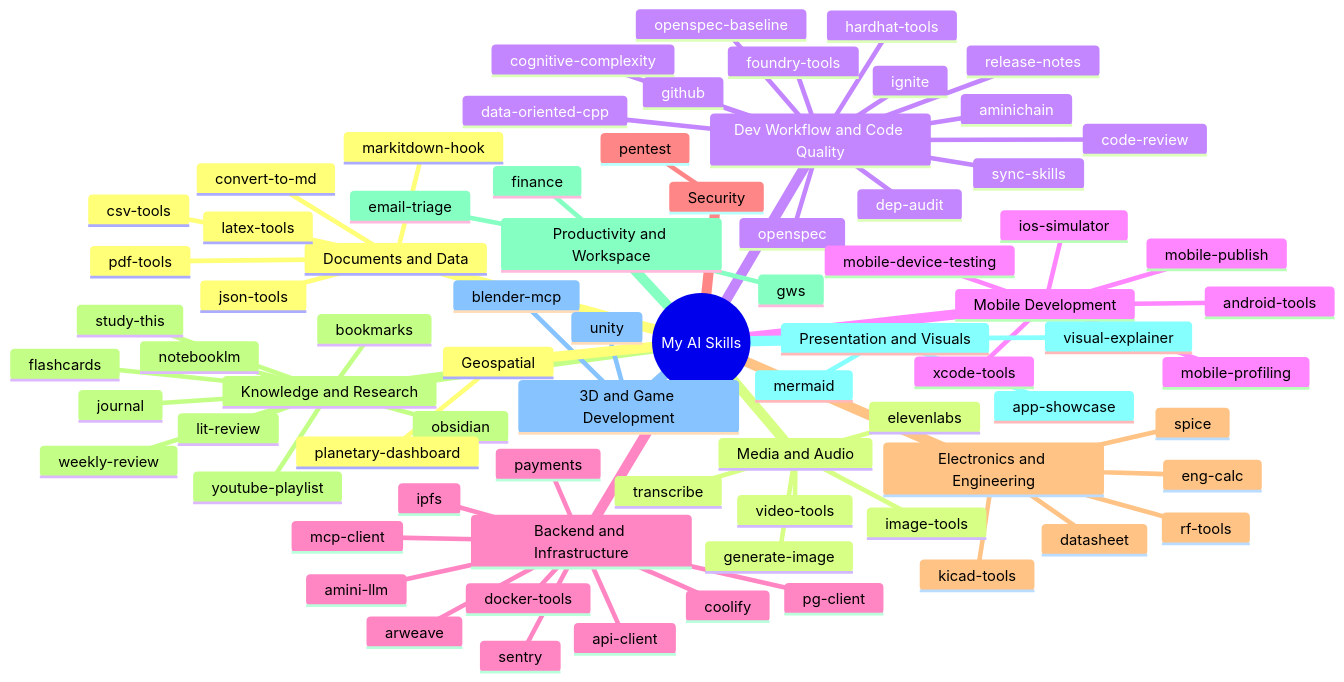
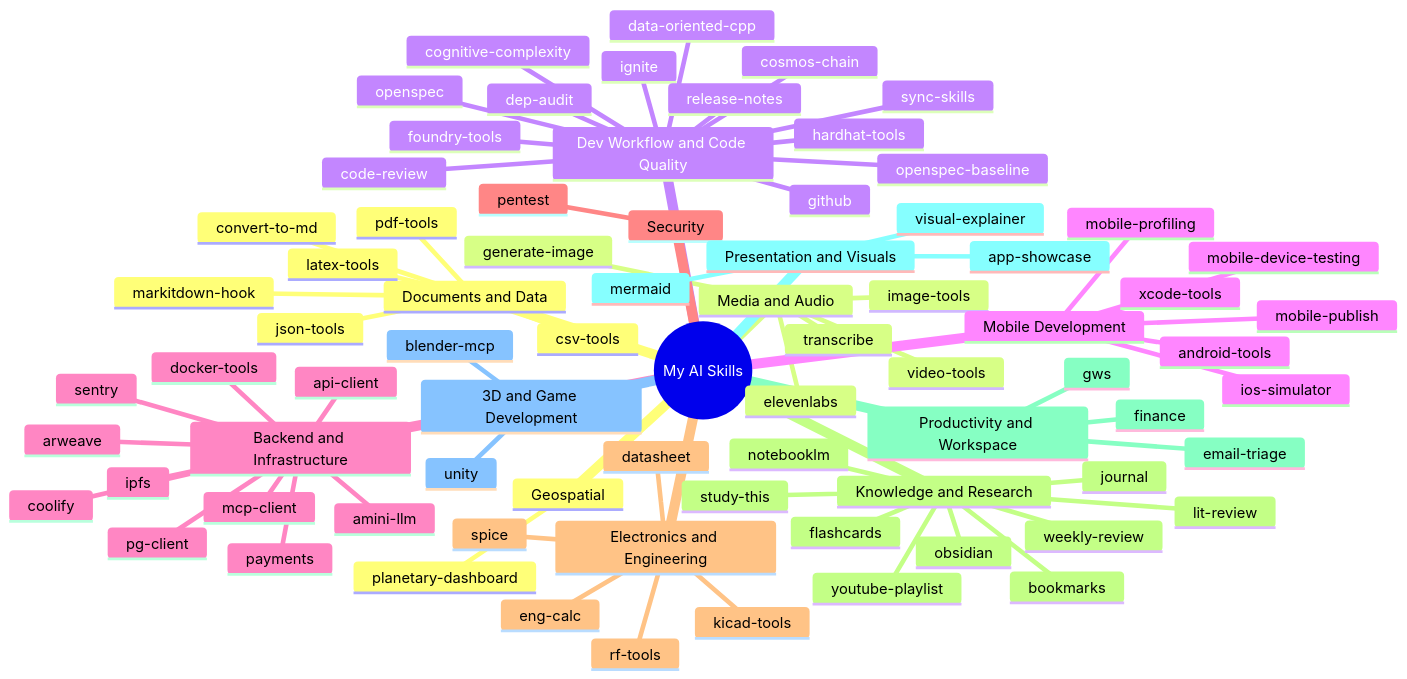
The diagram in README.md (SteveFirsake/ai_skills_hub), drawn with Mermaid before and after one commit. The commit also changed other lines of this file and 7 other files, not shown here.

First line of the commit message:
Generalize aminichain skill into cosmos-chain for any Cosmos SDK / Cosmos EVM chain

````diff
--- a/README.md
+++ b/README.md
@@ -9,80 +9,80 @@
 ```mermaid
 mindmap
   root((My AI Skills))
     Documents and Data
       convert-to-md
       csv-tools
       json-tools
       latex-tools
       markitdown-hook
       pdf-tools
     Media and Audio
       elevenlabs
       generate-image
       image-tools
       transcribe
       video-tools
     Dev Workflow and Code Quality
-      aminichain
       code-review
       cognitive-complexity
+      cosmos-chain
       data-oriented-cpp
       dep-audit
       foundry-tools
       github
       hardhat-tools
       ignite
       openspec
       openspec-baseline
       release-notes
       sync-skills
     Mobile Development
       android-tools
       ios-simulator
       mobile-device-testing
       mobile-profiling
       mobile-publish
       xcode-tools
     Backend and Infrastructure
       amini-llm
       api-client
       arweave
       coolify
       docker-tools
       ipfs
       mcp-client
       payments
       pg-client
       sentry
     Security
       pentest
     Electronics and Engineering
       datasheet
       eng-calc
       kicad-tools
       rf-tools
       spice
     Knowledge and Research
       bookmarks
       flashcards
       journal
       lit-review
       notebooklm
       obsidian
       study-this
       weekly-review
       youtube-playlist
     Productivity and Workspace
       email-triage
       finance
       gws
     Presentation and Visuals
       app-showcase
       mermaid
       visual-explainer
     3D and Game Development
       blender-mcp
       unity
     Geospatial
       planetary-dashboard
 ```
````
